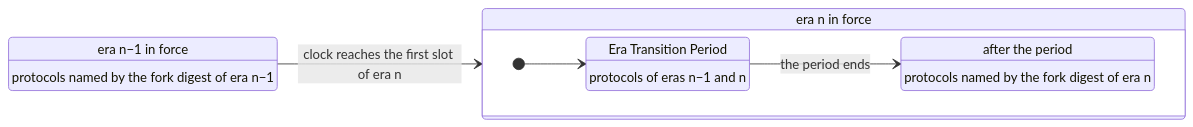
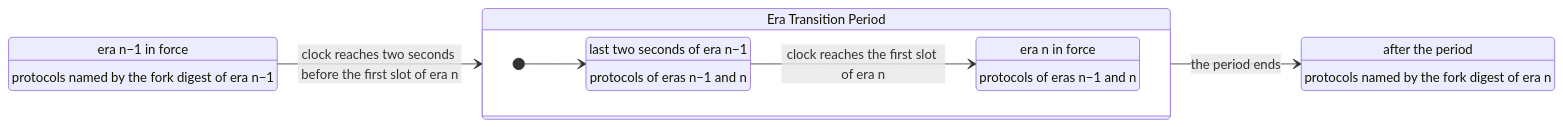
Before and after one commit to logos-co/logos-lips: the sixth of 7 diagrams in docs/blockchain/raw/bedrock-eras.md, drawn with Mermaid. The commit also changed other lines of this file and 1 other file, not shown here.

Commit message:
docs(blockchain): open the next era and Blend epoch a two-second clock slack before they begin

````diff
--- a/docs/blockchain/raw/bedrock-eras.md
+++ b/docs/blockchain/raw/bedrock-eras.md
@@ -258,16 +259,19 @@
 ```mermaid
 stateDiagram-v2
     direction LR
     state "era n−1 in force" as a
     a: protocols named by the fork digest of era n−1
-    state "era n in force" as n {
+    state "Era Transition Period" as p {
         direction LR
-        state "Era Transition Period" as b
+        state "last two seconds of era n−1" as e
+        e: protocols of eras n−1 and n
+        state "era n in force" as b
         b: protocols of eras n−1 and n
-        state "after the period" as c
-        c: protocols named by the fork digest of era n
-        [*] --> b
-        b --> c: the period ends
+        [*] --> e
+        e --> b: clock reaches the first slot of era n
     }
-    a --> n: clock reaches the first slot of era n
+    state "after the period" as c
+    c: protocols named by the fork digest of era n
+    a --> p: clock reaches two seconds before the first slot of era n
+    p --> c: the period ends
 ```
````
